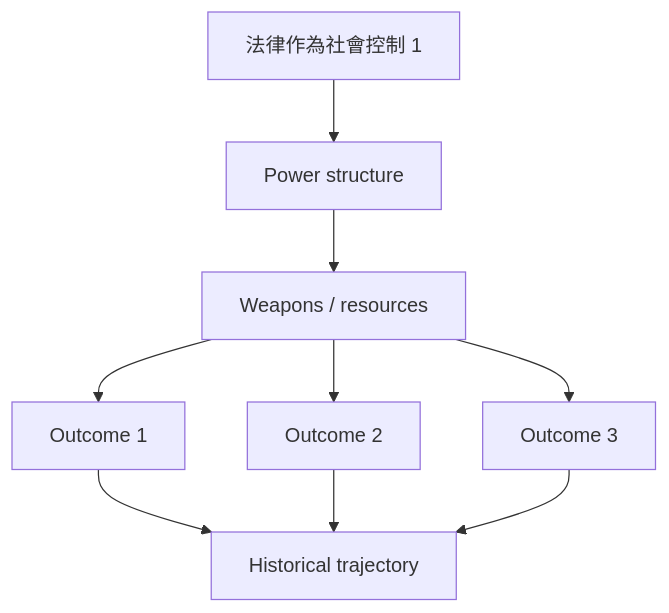
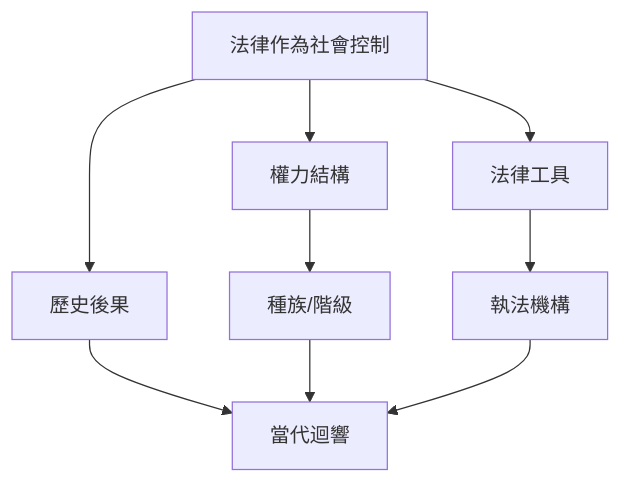
Before and after one commit to yip-lgtm/HKU-Harvard-History-Self-Study: the first of 10 diagrams in 02_Harvard_Courses/Fall_Courses/Hist124_Law_and_Order_America.md, drawn with Mermaid. The commit also changed other lines of this file and 65 other files, not shown here.

````diff
--- a/02_Harvard_Courses/Fall_Courses/Hist124_Law_and_Order_America.md
+++ b/02_Harvard_Courses/Fall_Courses/Hist124_Law_and_Order_America.md
@@ -107,11 +106,11 @@
 ```mermaid
 graph TD
-    A[法律作為社會控制 1] --> B[Power structure]
-    B --> C[Weapons / resources]
-    C --> D[Outcome 1]
-    C --> E[Outcome 2]
-    C --> F[Outcome 3]
-    D --> G[Historical trajectory]
+    A[法律作為社會控制] --> B[權力結構]
+    A --> C[法律工具]
+    A --> D[歷史後果]
+    B --> E[種族/階級]
+    C --> F[執法機構]
+    D --> G[當代迴響]
     E --> G
     F --> G
 ```
````
